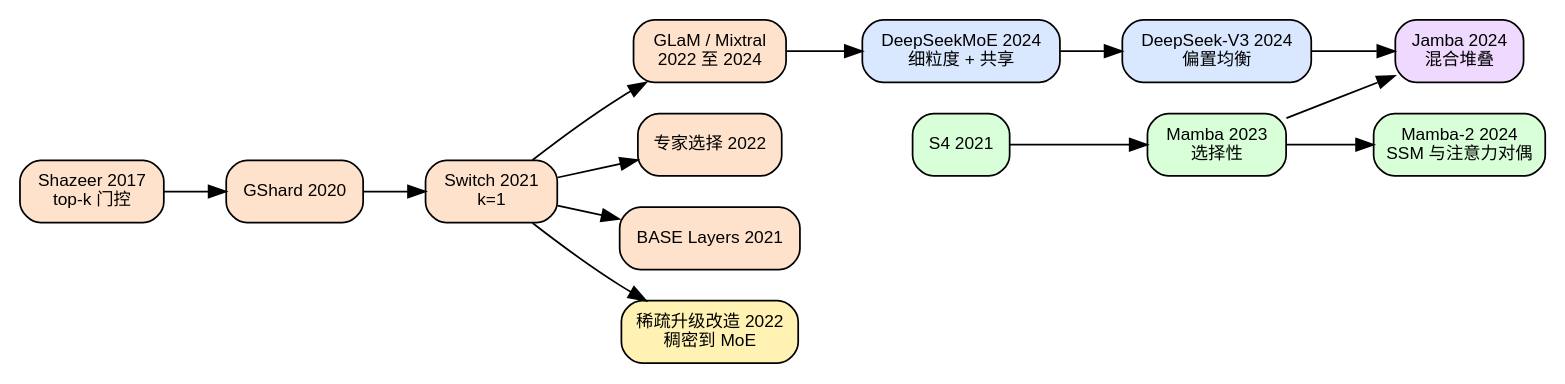
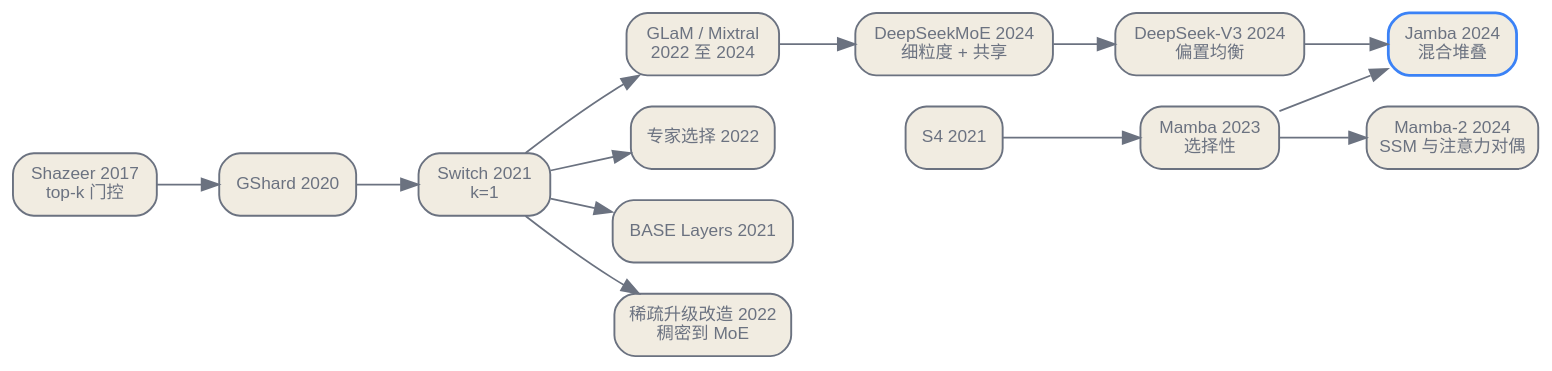
The third of 3 diagrams in zh/p1-foundations/07-moe-ssm-hybrids.qmd (latere-ai/ai-as-an-infrastructure), drawn with Graphviz before and after one commit. The commit also changed 186 other files, not shown here.

First line of the commit message:
book: visual audit pass on all diagrams and figures

````diff
--- a/zh/p1-foundations/07-moe-ssm-hybrids.qmd
+++ b/zh/p1-foundations/07-moe-ssm-hybrids.qmd
@@ -128,36 +128,37 @@
 ```{dot}
 //| label: fig-moe-lineage
 //| fig-cap: "本章诸思想的谱系。一条路由线与一条专业化线改进 MoE 层，稀疏升级改造是通往它的一条训练捷径，而一条独立的状态空间线在混合堆叠处与注意力及 MoE 汇聚。"
 digraph lineage {
   rankdir=LR;
-  node [shape=box, style="rounded,filled", fontname="Helvetica", fontsize=10, fillcolor="#eeeeee"];
-  edge [fontname="Helvetica", fontsize=9];
+  bgcolor="transparent";
+  node [shape=box, style="rounded,filled", fontname="Helvetica", fontsize=10, color="#6b7280", fontcolor="#6b7280", fillcolor="#f1ece1", penwidth=1.1];
+  edge [fontname="Helvetica", fontsize=9, color="#6b7280", fontcolor="#6b7280"];
 
-  shazeer [label="Shazeer 2017\ntop-k 门控", fillcolor="#ffe2cc"];
-  gshard [label="GShard 2020", fillcolor="#ffe2cc"];
-  switch [label="Switch 2021\nk=1", fillcolor="#ffe2cc"];
-  glam [label="GLaM / Mixtral\n2022 至 2024", fillcolor="#ffe2cc"];
-  echoice [label="专家选择 2022", fillcolor="#ffe2cc"];
-  base [label="BASE Layers 2021", fillcolor="#ffe2cc"];
+  shazeer [label="Shazeer 2017\ntop-k 门控"];
+  gshard [label="GShard 2020"];
+  switch [label="Switch 2021\nk=1"];
+  glam [label="GLaM / Mixtral\n2022 至 2024"];
+  echoice [label="专家选择 2022"];
+  base [label="BASE Layers 2021"];
 
-  dsmoe [label="DeepSeekMoE 2024\n细粒度 + 共享", fillcolor="#d9e8ff"];
-  dsv3 [label="DeepSeek-V3 2024\n偏置均衡", fillcolor="#d9e8ff"];
+  dsmoe [label="DeepSeekMoE 2024\n细粒度 + 共享"];
+  dsv3 [label="DeepSeek-V3 2024\n偏置均衡"];
 
-  upcycle [label="稀疏升级改造 2022\n稠密到 MoE", fillcolor="#fff2b2"];
+  upcycle [label="稀疏升级改造 2022\n稠密到 MoE"];
 
-  s4 [label="S4 2021", fillcolor="#d9ffd9"];
-  mamba [label="Mamba 2023\n选择性", fillcolor="#d9ffd9"];
-  mamba2 [label="Mamba-2 2024\nSSM 与注意力对偶", fillcolor="#d9ffd9"];
+  s4 [label="S4 2021"];
+  mamba [label="Mamba 2023\n选择性"];
+  mamba2 [label="Mamba-2 2024\nSSM 与注意力对偶"];
 
-  jamba [label="Jamba 2024\n混合堆叠", fillcolor="#f0d9ff"];
+  jamba [label="Jamba 2024\n混合堆叠", color="#3b82f6", penwidth=1.6];
 
   shazeer -> gshard -> switch -> glam;
   switch -> echoice;
   switch -> base;
   glam -> dsmoe -> dsv3;
   switch -> upcycle;
   s4 -> mamba -> mamba2;
   dsv3 -> jamba;
   mamba -> jamba;
 }
 ```
````
